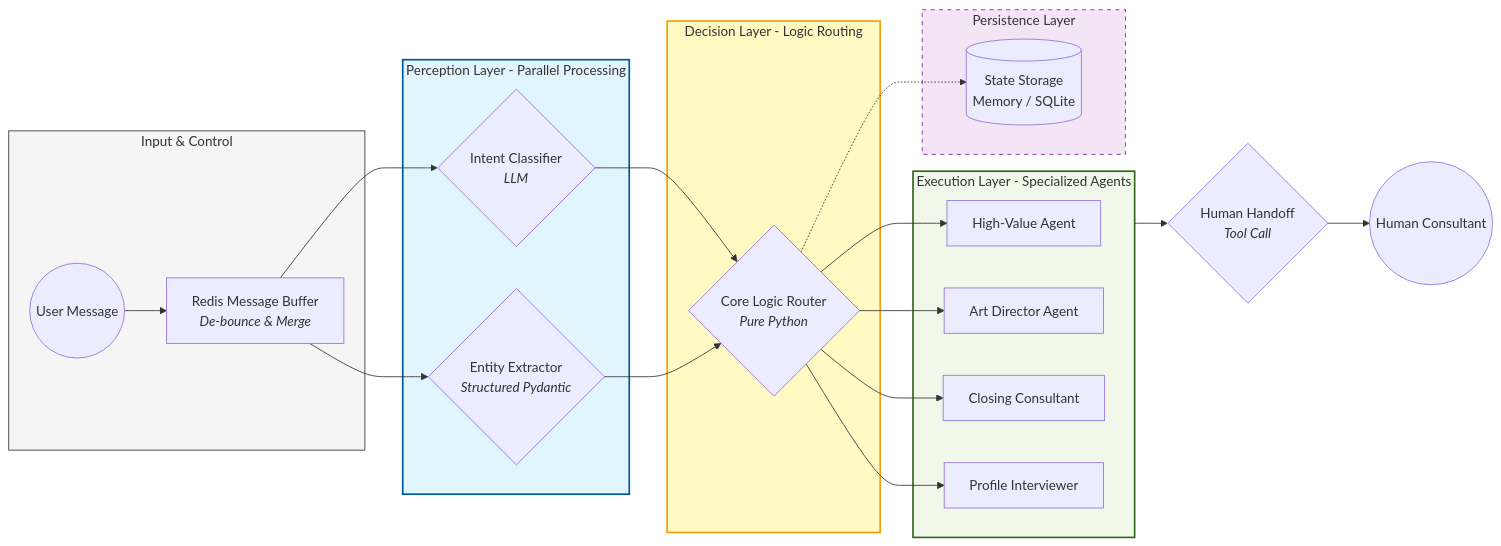
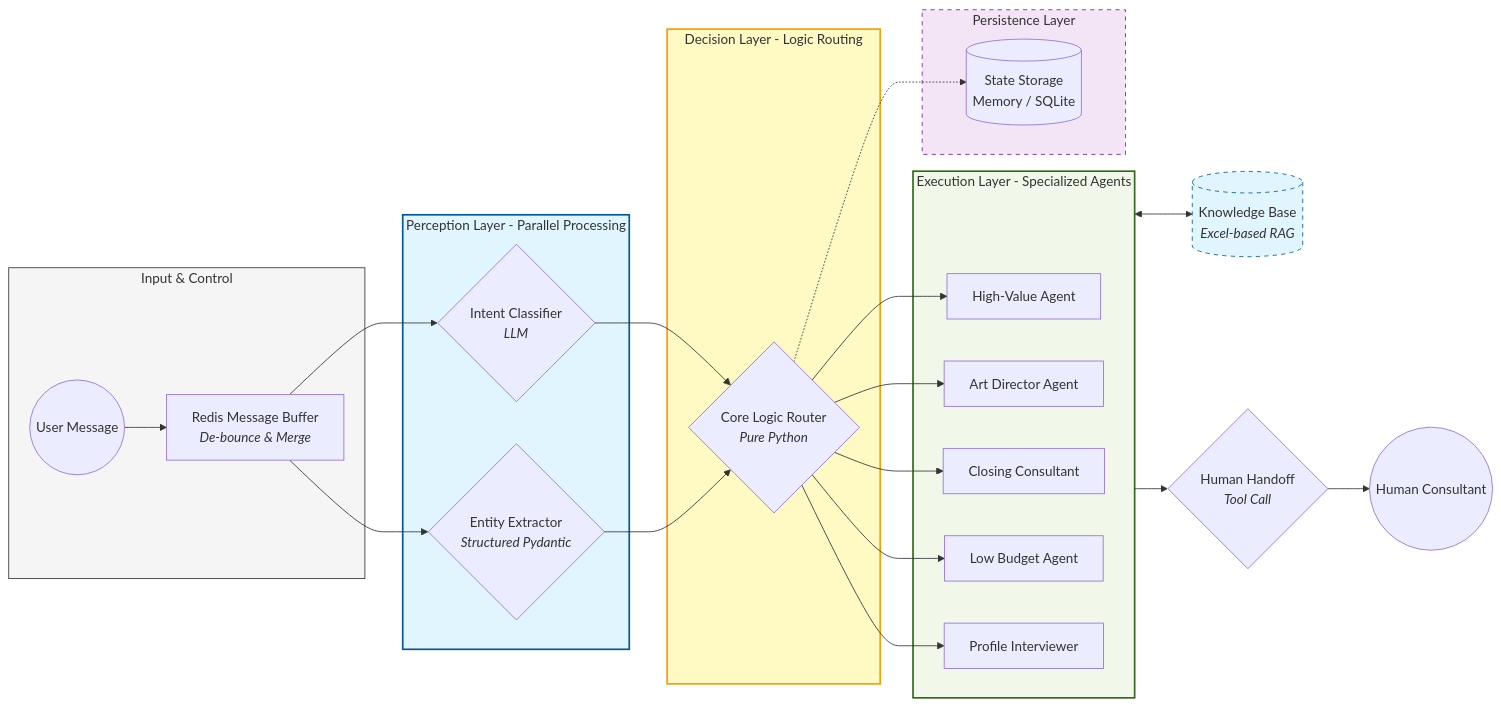
The diagram in README_EN.md (JackybigW/baoshu_ai), drawn with Mermaid before and after one commit. The commit also changed other lines of this file and 1 other file, not shown here.

Commit message:
docs: 升级架构图至 V3 版，显式包含 Low Budget 节点与 RAG 知识库模块

````diff
--- a/README_EN.md
+++ b/README_EN.md
@@ -15,36 +15,39 @@
 ```mermaid
 graph LR
     subgraph Input_Layer [Input & Control]
         User((User Message)) --> Buffer[Redis Message Buffer<br/><i>De-bounce & Merge</i>]
     end
 
     subgraph Perception_Layer [Perception Layer - Parallel Processing]
         Buffer --> Classifier{Intent Classifier<br/><i>LLM</i>}
         Buffer --> Extractor{Entity Extractor<br/><i>Structured Pydantic</i>}
     end
 
     subgraph Decision_Layer [Decision Layer - Logic Routing]
         Classifier & Extractor --> Router{Core Logic Router<br/><i>Pure Python</i>}
     end
 
     subgraph Execution_Layer [Execution Layer - Specialized Agents]
         Router --> HV[High-Value Agent]
         Router --> ART[Art Director Agent]
         Router --> CS[Closing Consultant]
+        Router --> LB[Low Budget Agent]
         Router --> IV[Profile Interviewer]
     end
 
+    Execution_Layer <--> RAG[(Knowledge Base<br/><i>Excel-based RAG</i>)]
     Execution_Layer --> Handoff{Human Handoff<br/><i>Tool Call</i>}
     Handoff --> Agent_Assigned((Human Consultant))
 
     subgraph Persistence [Persistence Layer]
         Router -.-> DB[(State Storage<br/>Memory / SQLite)]
     end
 
     %% Styling
     style Input_Layer fill:#f5f5f5,stroke:#333
     style Perception_Layer fill:#e1f5fe,stroke:#01579b,stroke-width:2px
     style Decision_Layer fill:#fff9c4,stroke:#f59e0b,stroke-width:2px
     style Execution_Layer fill:#f1f8e9,stroke:#33691e,stroke-width:2px
+    style RAG fill:#e1f5fe,stroke:#01579b,stroke-dasharray: 5 5
     style Persistence fill:#f3e5f5,stroke:#7b1fa2,stroke-dasharray: 5 5
 ```
````
